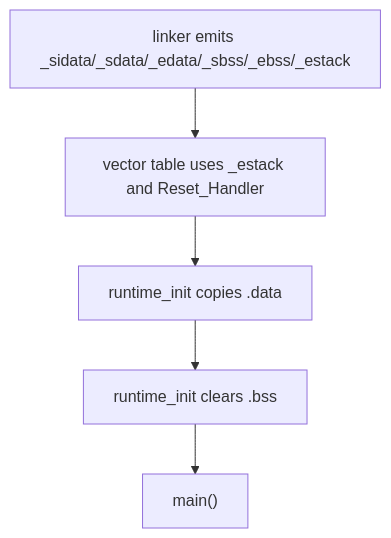
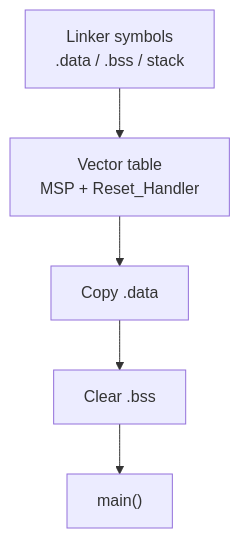
One commit to haikevins/stm32f1-register-level-baremetal changed the diagram in docs/architecture.md. Above: the diagram before and after it, drawn with Mermaid. The commit also changed 4 other files, not shown here.

````diff
--- a/docs/architecture.md
+++ b/docs/architecture.md
@@ -45,7 +45,9 @@
 ```mermaid
-flowchart TD
-    LINK["linker emits _sidata/_sdata/_edata/_sbss/_ebss/_estack"] --> RESET["vector table uses _estack and Reset_Handler"]
-    RESET --> DATA["runtime_init copies .data"]
-    DATA --> BSS["runtime_init clears .bss"]
+flowchart TB
+    LINK["Linker symbols<br/>.data / .bss / stack"]
+    RESET["Vector table<br/>MSP + Reset_Handler"]
+    LINK --> RESET
+    RESET --> DATA["Copy .data"]
+    DATA --> BSS["Clear .bss"]
     BSS --> MAIN["main()"]
 ```
````
